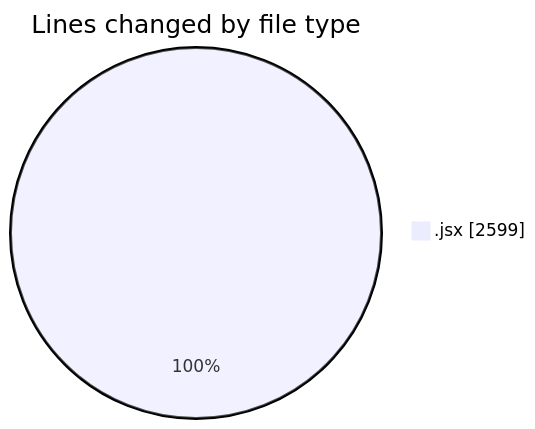
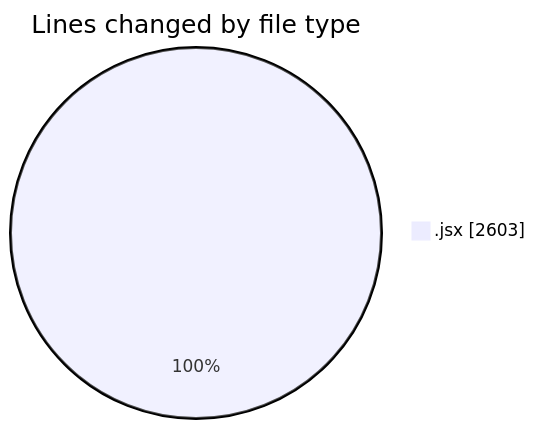
Before and after one commit to nxtqubesakshisongat/code-tracking: the first of 2 diagrams in 2025-05-14/argos-dev/README.md, drawn with Mermaid. The commit also changed other lines of this file and 1 other file, not shown here.

````diff
--- a/2025-05-14/argos-dev/README.md
+++ b/2025-05-14/argos-dev/README.md
@@ -24,5 +24,5 @@
 ```mermaid
 pie showData
 title Lines changed by file type
-".jsx" : 2599
+".jsx" : 2603
 ```
````
